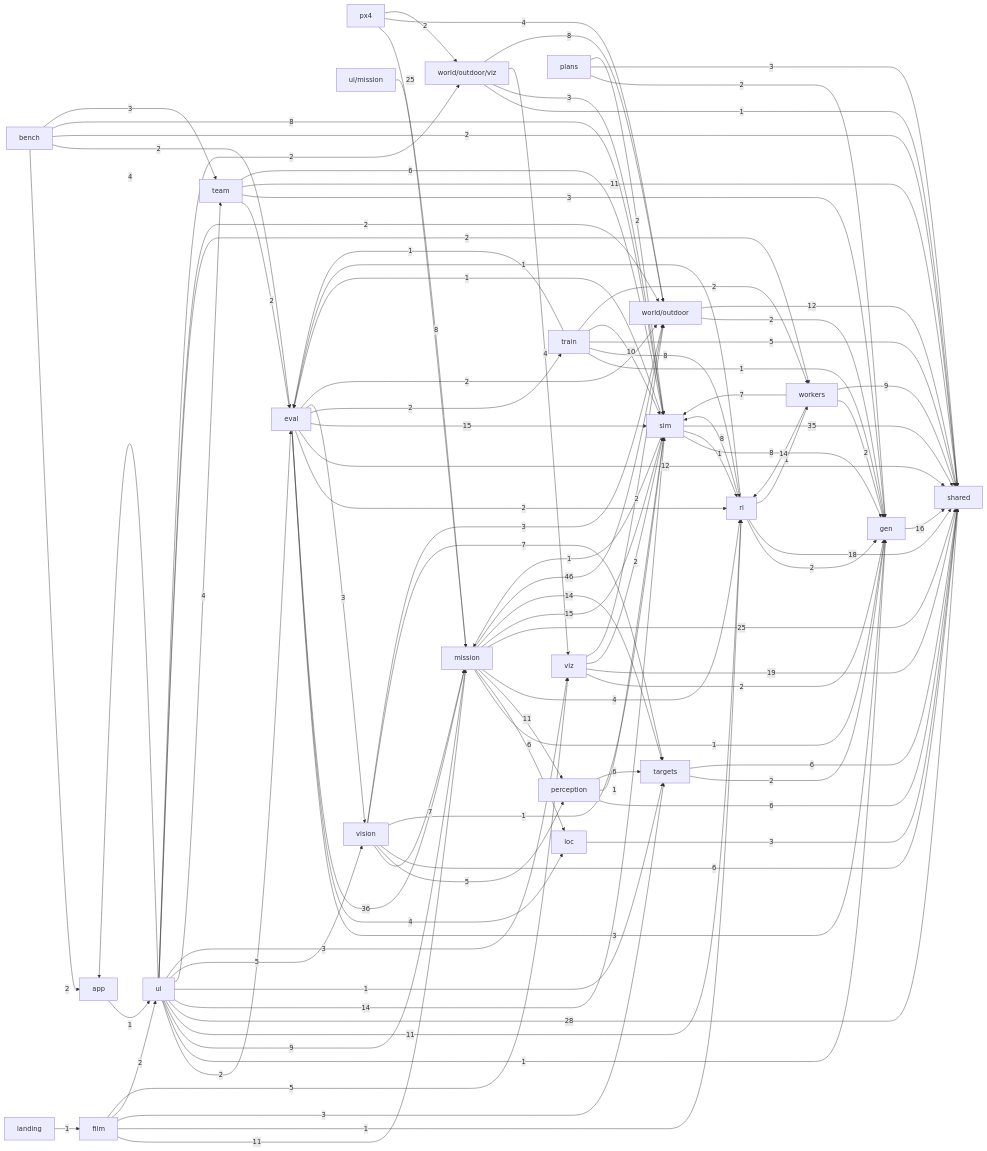
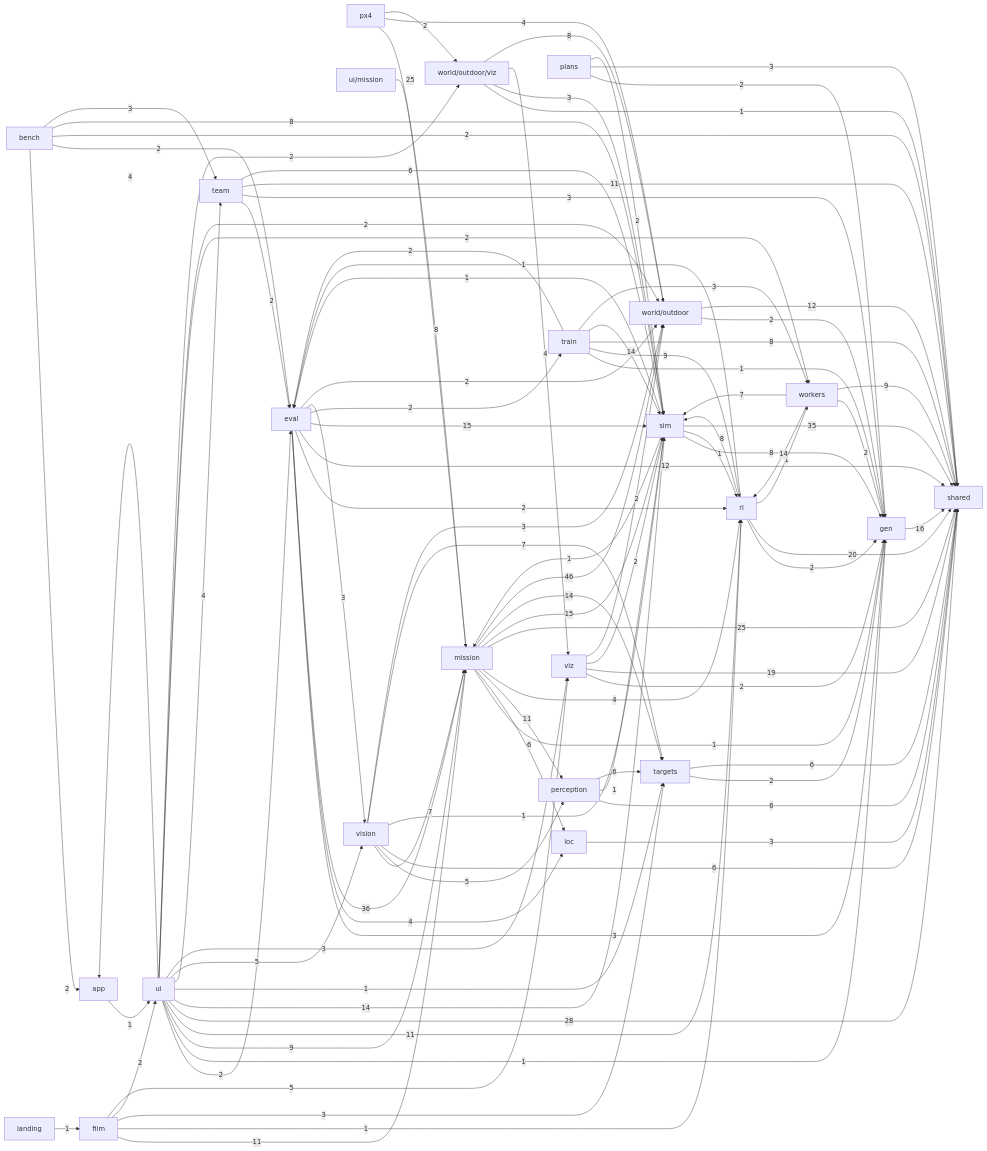
One commit to alexnieves-cs/frontier-fly changed the second of 2 diagrams in docs/ARCHITECTURE.md. Above: the diagram before and after it, drawn with Mermaid. The commit also changed other lines of this file and 10 other files, not shown here.

```diff
--- a/docs/ARCHITECTURE.md
+++ b/docs/ARCHITECTURE.md
@@ -142,7 +142,7 @@
   px4 -->|2| world_outdoor_viz
   rl -->|1| eval
   rl -->|2| gen
-  rl -->|18| shared
+  rl -->|20| shared
   rl -->|8| sim
   rl -->|1| workers
   sim -->|1| eval
@@ -156,12 +156,12 @@
   team -->|3| gen
   team -->|11| shared
   team -->|6| sim
-  train -->|1| eval
+  train -->|2| eval
   train -->|1| gen
-  train -->|8| rl
-  train -->|5| shared
-  train -->|10| sim
-  train -->|2| workers
+  train -->|9| rl
+  train -->|8| shared
+  train -->|14| sim
+  train -->|3| workers
   ui_mission -->|25| mission
   ui -->|4| app
   ui -->|2| eval
```
